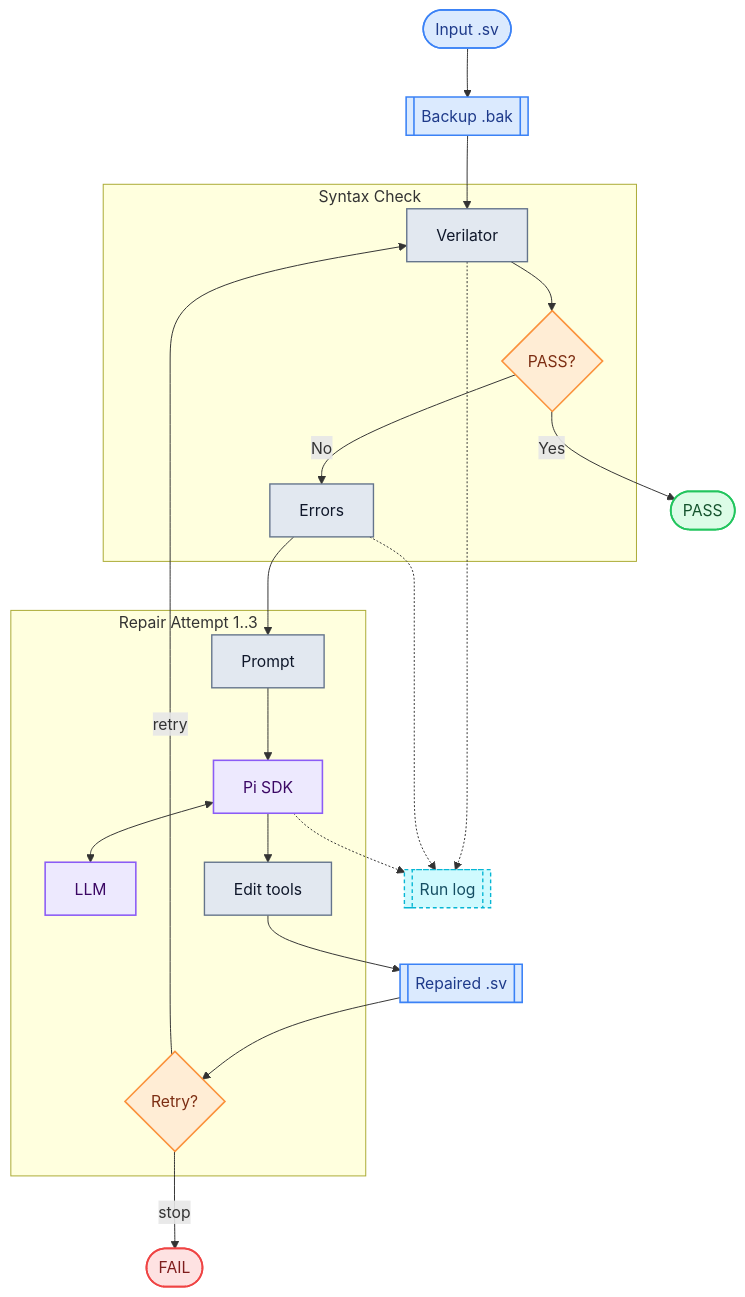
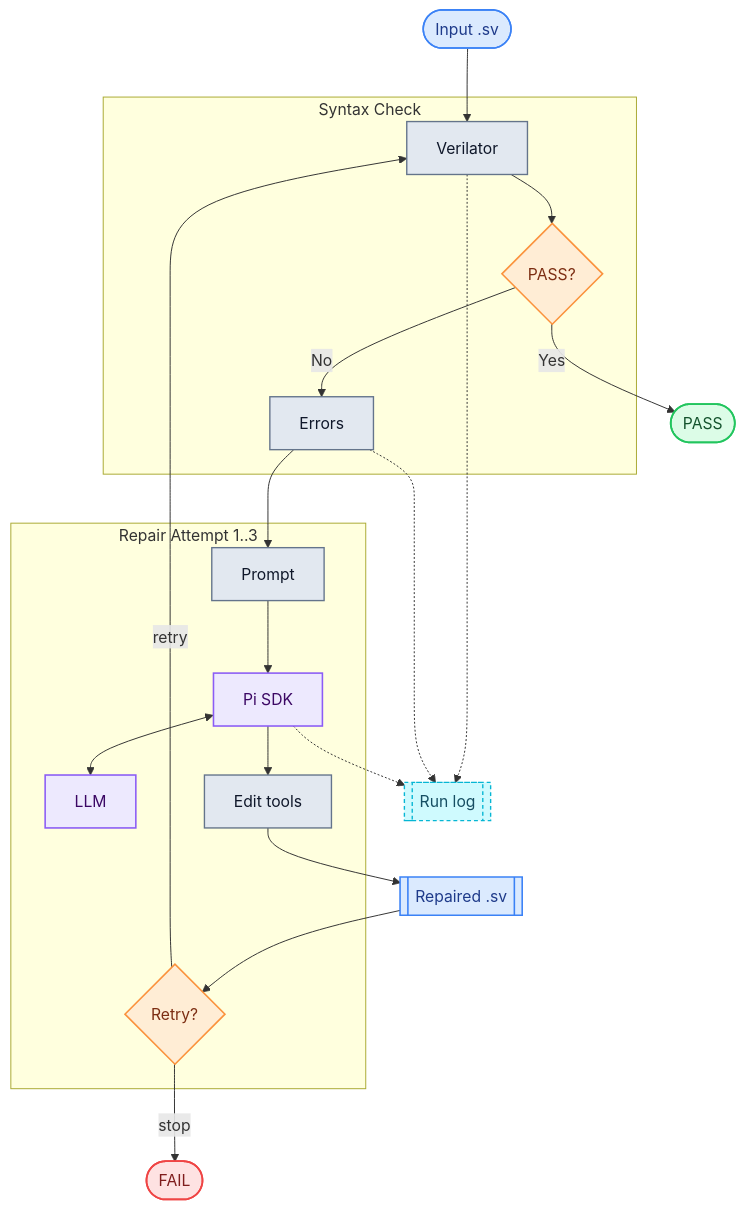
One commit to MrMYHuang/sv-repair-agent changed the diagram in README.md. Above: the diagram before and after it, drawn with Mermaid. The commit also changed other lines of this file and 10 other files, not shown here.

````diff
--- a/README.md
+++ b/README.md
@@ -59,53 +80,52 @@
 ```mermaid
 flowchart TD
   Input(["Input .sv"])
-  Backup[["Backup .bak"]]
   FinalFile[["Repaired .sv"]]
   Logs[["Run log"]]
 
   subgraph CheckStage["Syntax Check"]
     Verilator["Verilator"]
     Check{"PASS?"}
     Errors["Errors"]
   end
 
   subgraph RepairStage["Repair Attempt 1..3"]
     Prompt["Prompt"]
     Pi["Pi SDK"]
     LLM["LLM"]
     Tools["Edit tools"]
     Attempts{"Retry?"}
   end
 
   Pass(["PASS"])
   Fail(["FAIL"])
 
-  Input --> Backup --> Verilator
+  Input --> Verilator
   Verilator --> Check
   Check -->|Yes| Pass
   Check -->|No| Errors --> Prompt --> Pi
   Pi <--> LLM
   Pi --> Tools --> FinalFile
   FinalFile --> Attempts
   Attempts -->|retry| Verilator
   Attempts -->|stop| Fail
   Verilator -.-> Logs
   Pi -.-> Logs
   Errors -.-> Logs
 
   classDef file fill:#dbeafe,stroke:#3b82f6,color:#1e3a8a,stroke-width:1.6px
   classDef process fill:#e2e8f0,stroke:#64748b,color:#0f172a,stroke-width:1.4px
   classDef decision fill:#ffedd5,stroke:#fb923c,color:#7c2d12,stroke-width:1.6px
   classDef agent fill:#ede9fe,stroke:#8b5cf6,color:#3b0764,stroke-width:1.6px
   classDef success fill:#dcfce7,stroke:#22c55e,color:#14532d,stroke-width:1.8px
   classDef failure fill:#fee2e2,stroke:#ef4444,color:#7f1d1d,stroke-width:1.8px
   classDef log fill:#cffafe,stroke:#06b6d4,color:#164e63,stroke-width:1.4px,stroke-dasharray:4 3
 
-  class Input,Backup,FinalFile file
+  class Input,FinalFile file
   class Logs log
   class Verilator,Errors,Prompt,Tools process
   class Check,Attempts decision
   class Pi,LLM agent
   class Pass success
   class Fail failure
 ```
````
